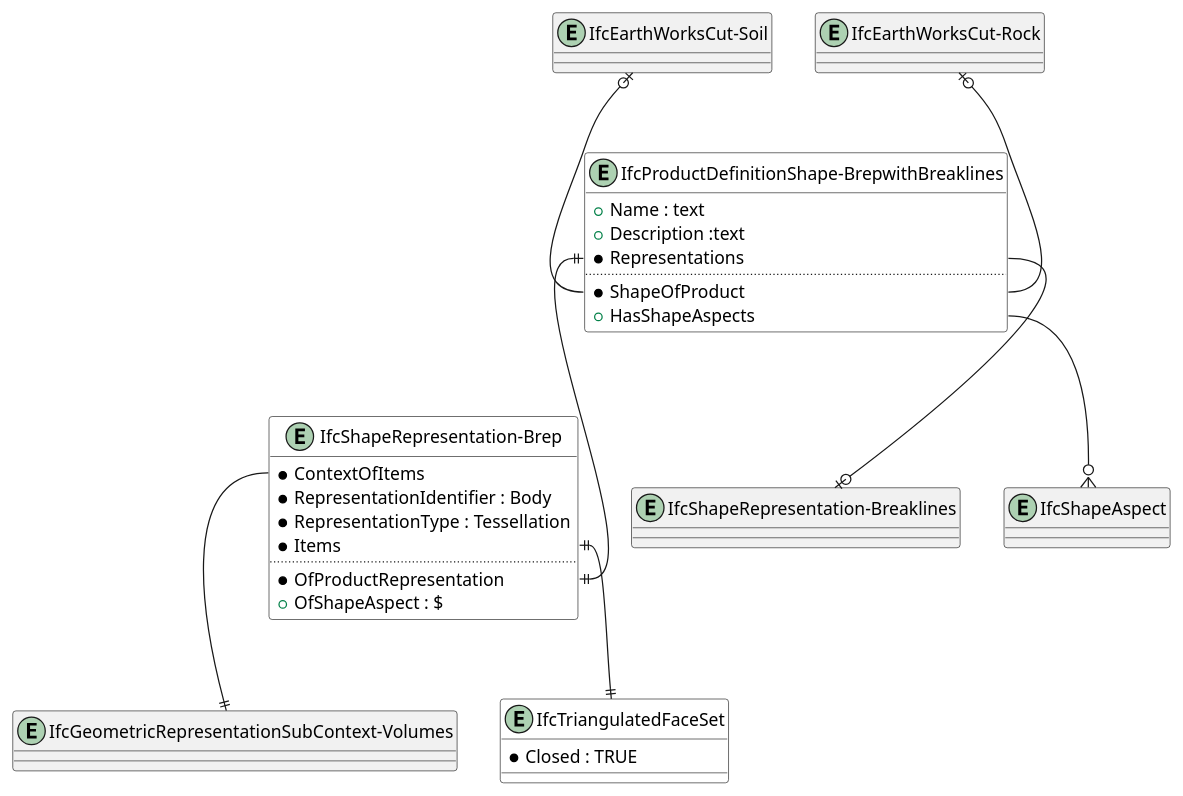
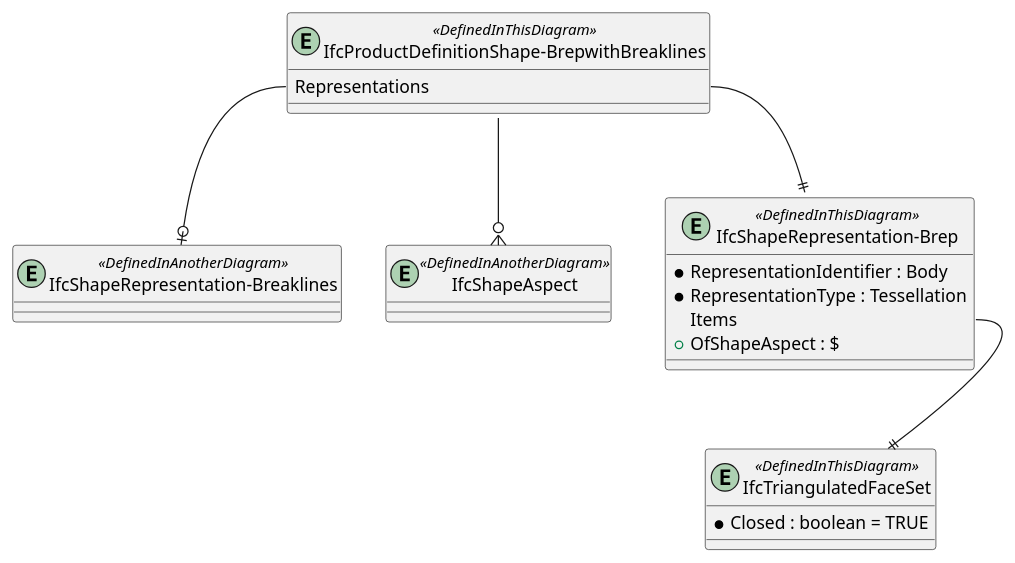
One commit to buildingSMART-Finland/RYTV-IFCRoute changed the diagram in diagrams/bsf-IfcProductDefinitionShape-BrepwithBreaklines.pu. Above: the diagram before and after it, drawn with PlantUML. The commit also changed other lines of this file and 25 other files, not shown here.

```diff
--- a/diagrams/bsf-IfcProductDefinitionShape-BrepwithBreaklines.pu
+++ b/diagrams/bsf-IfcProductDefinitionShape-BrepwithBreaklines.pu
@@ -4,50 +1,34 @@
 @startuml 
 
-entity "IfcEarthWorksCut-Soil"
-entity "IfcEarthWorksCut-Rock"
+entity "IfcProductDefinitionShape-BrepwithBreaklines" <<DefinedInThisDiagram>>
+{
 
-entity "IfcGeometricRepresentationSubContext-Volumes"
-
-entity "IfcProductDefinitionShape-BrepwithBreaklines" #white
-{
-  +Name : text
-  +Description :text
-  *Representations
-  ..
-  *ShapeOfProduct
-  +HasShapeAspects
+  Representations
 }
 
-entity "IfcShapeRepresentation-Brep" #white
+entity "IfcShapeRepresentation-Breaklines" <<DefinedInAnotherDiagram>>
+
+entity IfcShapeAspect <<DefinedInAnotherDiagram>>
+
+"IfcProductDefinitionShape-BrepwithBreaklines"--o{IfcShapeAspect
+
+entity "IfcShapeRepresentation-Brep" <<DefinedInThisDiagram>>
 {
-  *ContextOfItems
   *RepresentationIdentifier : Body
   *RepresentationType : Tessellation
-  *Items
-  ..
-  *OfProductRepresentation
+  Items
   +OfShapeAspect : $
 }
 
-entity IfcTriangulatedFaceSet #white
+entity IfcTriangulatedFaceSet <<DefinedInThisDiagram>>
 {
-  *Closed : TRUE
+  *Closed : boolean = TRUE
 }
 
-entity "IfcShapeRepresentation-Breaklines"
-
-"IfcEarthWorksCut-Soil" |o-- "IfcProductDefinitionShape-BrepwithBreaklines::ShapeOfProduct"
-"IfcEarthWorksCut-Rock" |o-- "IfcProductDefinitionShape-BrepwithBreaklines::ShapeOfProduct"
-
-"IfcProductDefinitionShape-BrepwithBreaklines::Representations" ||--|| "IfcShapeRepresentation-Brep::OfProductRepresentation"
+"IfcProductDefinitionShape-BrepwithBreaklines::Representations" --|| "IfcShapeRepresentation-Brep"
 "IfcProductDefinitionShape-BrepwithBreaklines::Representations" --o| "IfcShapeRepresentation-Breaklines"
 
-"IfcShapeRepresentation-Brep::Items"||--||IfcTriangulatedFaceSet
-
-"IfcShapeRepresentation-Brep::ContextOfItems"--||"IfcGeometricRepresentationSubContext-Volumes"
-
-entity IfcShapeAspect
-"IfcProductDefinitionShape-BrepwithBreaklines::HasShapeAspects"--o{IfcShapeAspect
+"IfcShapeRepresentation-Brep::Items"--||IfcTriangulatedFaceSet
 
 
 @enduml
```
